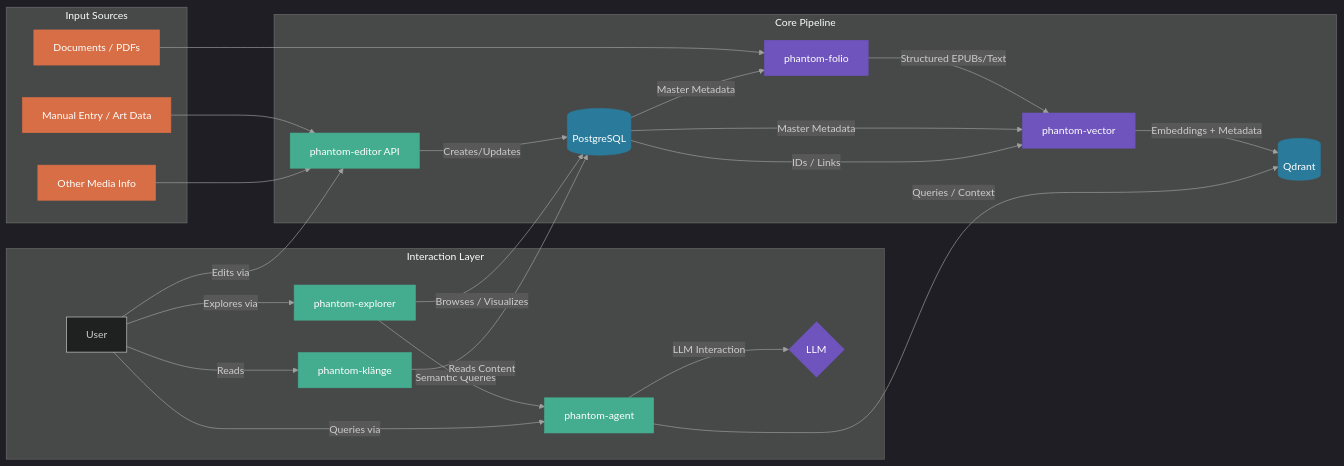
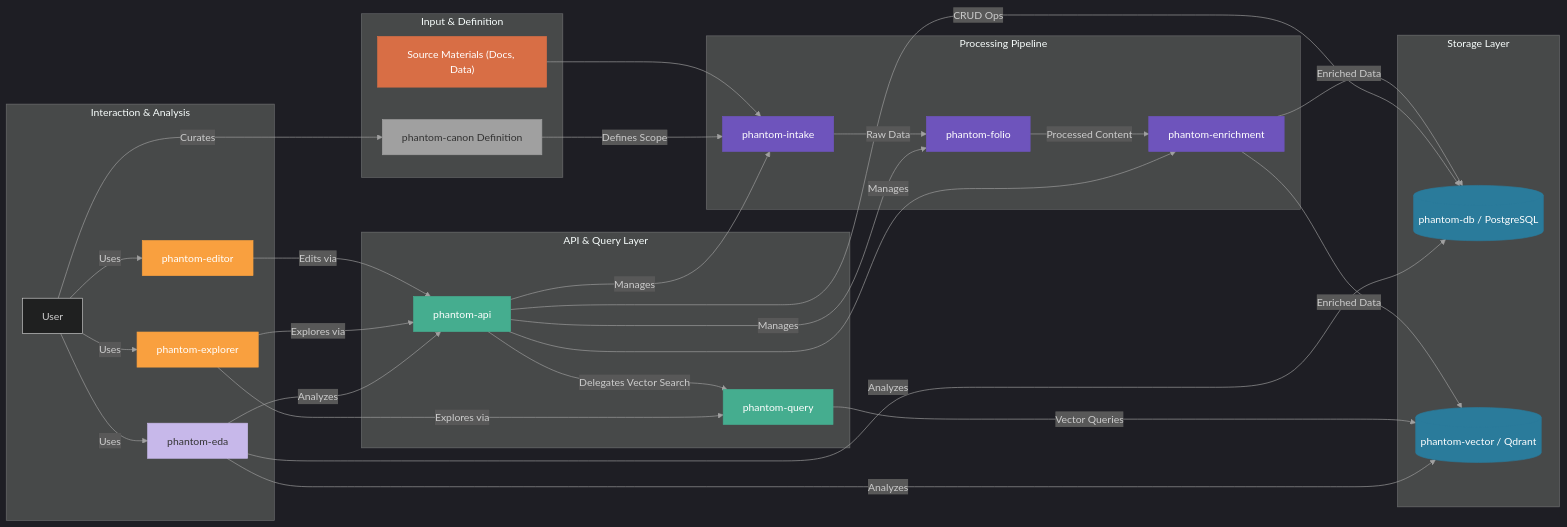
The diagram in README.md (Phantomklange/phantom), drawn with Mermaid before and after one commit. The commit also changed other lines of this file, not shown here.

````diff
--- a/README.md
+++ b/README.md
@@ -35,65 +37,75 @@
 ```mermaid
 %%{
  init: {
  'theme': 'dark',
  'themeVariables': {
  'primaryColor': '#6e54bc',
  'primaryTextColor': '#fff',
  'primaryBorderColor': '#8a78d0',
  'lineColor': '#a0a0a0',
  'secondaryColor': '#355c7d',
  'tertiaryColor': '#2a4365'
  }
  }
 }%%
 graph LR
-classDef sources fill:#d86e45,stroke:#d86e45,color:#fff
-classDef processing fill:#6e54bc,stroke:#6e54bc,color:#fff
-classDef storage fill:#2a7b9b,stroke:#2a7b9b,color:#fff
-classDef api fill:#45ad8f,stroke:#45ad8f,color:#fff
+    classDef sources fill:#d86e45,stroke:#d86e45,color:#fff
+    classDef processing fill:#6e54bc,stroke:#6e54bc,color:#fff
+    classDef storage fill:#2a7b9b,stroke:#2a7b9b,color:#fff
+    classDef api fill:#45ad8f,stroke:#45ad8f,color:#fff
+    classDef frontend fill:#f9a03f,stroke:#f9a03f,color:#fff
+    classDef analysis fill:#c7b8ea,stroke:#c7b8ea,color:#333
+    classDef definition fill:#a0a0a0,stroke:#a0a0a0,color:#333
 
-%% Data Sources
-subgraph Input_Sources["Input Sources"]
-    A[Documents / PDFs]:::sources
-    B[Manual Entry / Art Data]:::sources
-    C[Other Media Info]:::sources
-end
+    subgraph Input_Layer["Input & Definition"]
+        A["Source Materials (Docs, Data)"]:::sources
+        B[phantom-canon Definition]:::definition
+    end
 
-%% Core Pipeline
-subgraph Core_Pipeline["Core Pipeline"]
-    D[phantom-folio]:::processing
-    F[(PostgreSQL)]:::storage
-    E[phantom-vector]:::processing
-    H[(Qdrant)]:::storage
-    G[phantom-editor API]:::api
-end
+    subgraph Processing_Pipeline["Processing Pipeline"]
+        C[phantom-intake]:::processing
+        D[phantom-folio]:::processing
+        E[phantom-enrichment]:::processing
+    end
 
-%% Interaction Layer
-subgraph Interaction_Layer["Interaction Layer"]
-    I[phantom-agent]:::api
-    J{LLM}:::processing
-    K[phantom-explorer]:::api
-    L[phantom-klänge]:::api
-    M[User]
-end
+    subgraph Storage_Layer["Storage Layer"]
+        F[(phantom-db / PostgreSQL)]:::storage
+        G[(phantom-vector / Qdrant)]:::storage
+    end
 
-%% Connections
-A --> D
-B --> G
-C --> G
-D -- Structured EPUBs/Text --> E
-F -- Master Metadata --> D
-F -- Master Metadata --> E
-G -- Creates/Updates --> F
-E -- Embeddings + Metadata --> H
-F -- IDs / Links --> E
-I -- Queries / Context --> H
-I -- LLM Interaction --> J
-K -- Browses / Visualizes --> F
-K -- Semantic Queries --> I
-L -- Reads Content --> F
-M -- Edits via --> G
-M -- Queries via --> I
-M -- Explores via --> K
-M -- Reads --> L
+    subgraph API_Layer["API & Query Layer"]
+        H[phantom-api]:::api
+        I[phantom-query]:::api
+    end
+
+    subgraph Interaction_Layer["Interaction & Analysis"]
+        J[phantom-editor]:::frontend
+        K[phantom-explorer]:::frontend
+        L[phantom-eda]:::analysis
+        M[User]
+    end
+
+    %% Connections
+    A --> C
+    B -- Defines Scope --> C
+    C -- Raw Data --> D
+    D -- Processed Content --> E
+    E -- Enriched Data --> F
+    E -- Enriched Data --> G
+    H -- CRUD Ops --> F
+    H -- Manages --> E
+    H -- Manages --> D
+    H -- Manages --> C
+    I -- Vector Queries --> G
+    H -- Delegates Vector Search --> I
+    J -- Edits via --> H
+    K -- Explores via --> H
+    K -- Explores via --> I
+    L -- Analyzes --> H
+    L -- Analyzes --> F
+    L -- Analyzes --> G
+    M -- Curates --> B
+    M -- Uses --> J
+    M -- Uses --> K
+    M -- Uses --> L
 ```
````
